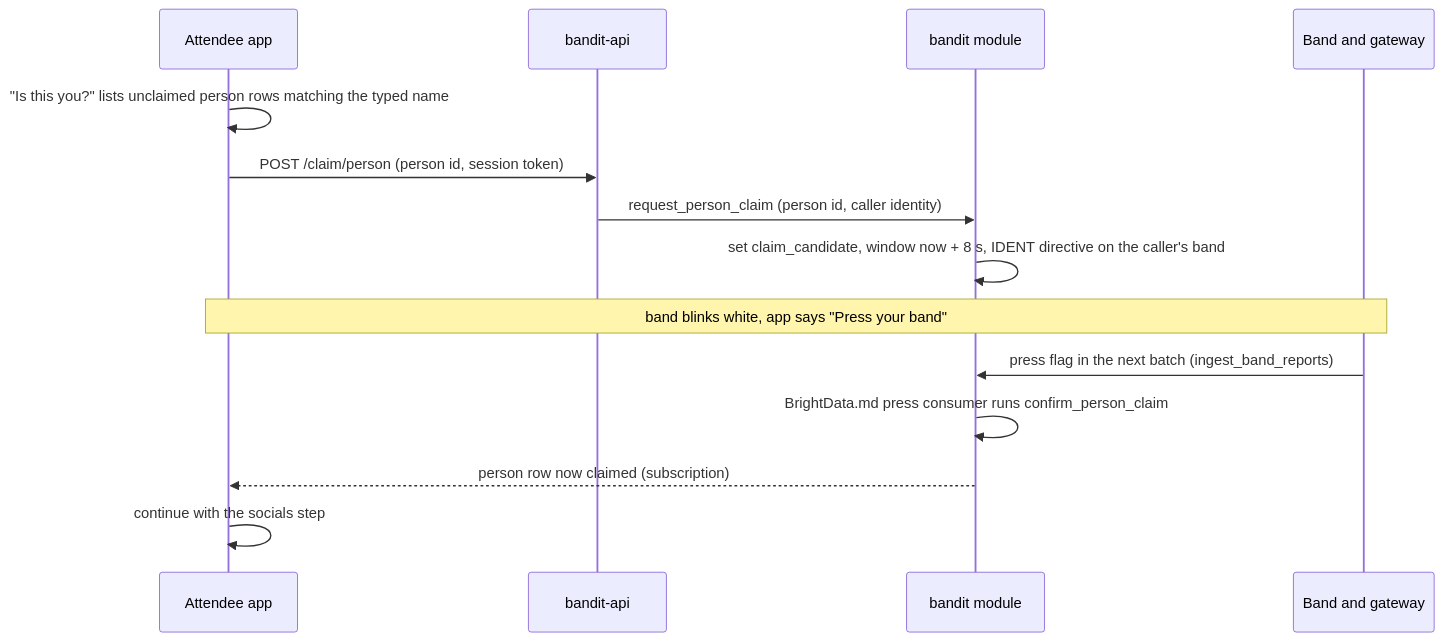
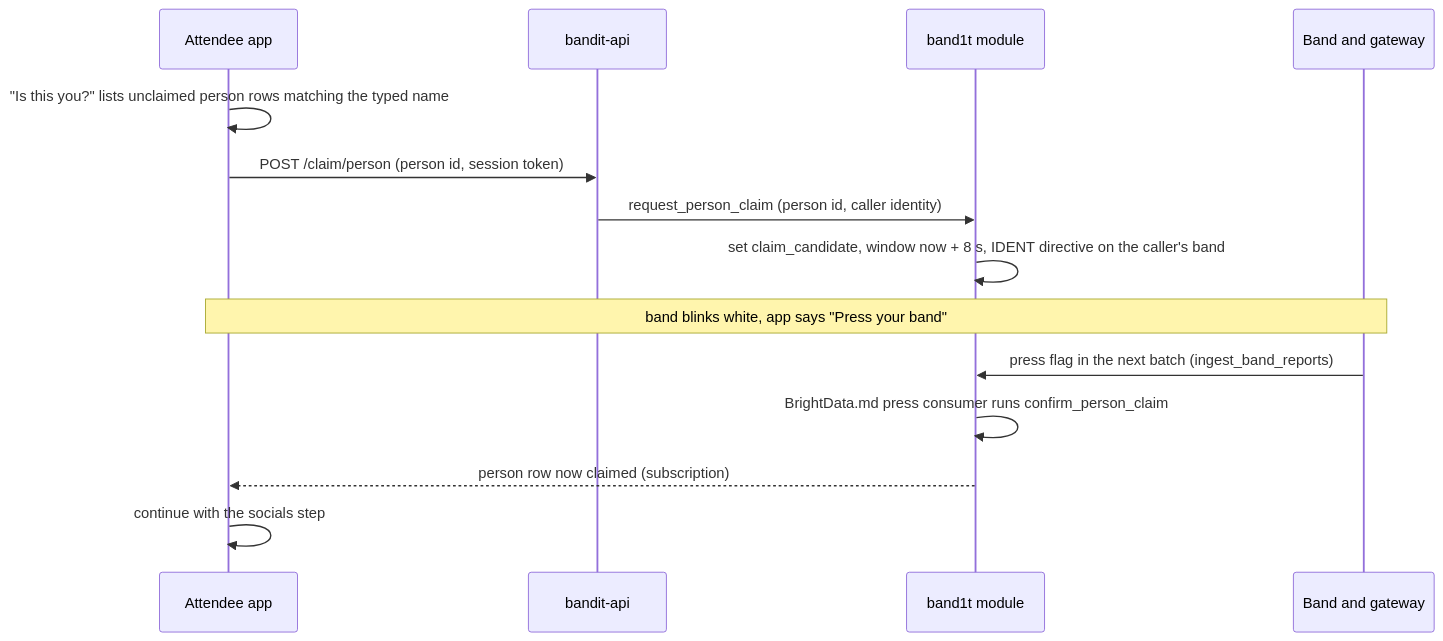
Before and after one commit to viktorinkov/cal-hacks-13: the third of 4 diagrams in System Design/7-integrations/BrightData.md, drawn with Mermaid. The commit also changed other lines of this file and 21 other files, not shown here.

````diff
--- a/System Design/7-integrations/BrightData.md
+++ b/System Design/7-integrations/BrightData.md
@@ -234,16 +234,16 @@
 ```mermaid
 sequenceDiagram
   participant App as Attendee app
   participant API as bandit-api
-  participant Mod as bandit module
+  participant Mod as band1t module
   participant Band as Band and gateway
   App->>App: "Is this you?" lists unclaimed person rows matching the typed name
   App->>API: POST /claim/person (person id, session token)
   API->>Mod: request_person_claim (person id, caller identity)
   Mod->>Mod: set claim_candidate, window now + 8 s, IDENT directive on the caller's band
   Note over App,Band: band blinks white, app says "Press your band"
   Band->>Mod: press flag in the next batch (ingest_band_reports)
   Mod->>Mod: BrightData.md press consumer runs confirm_person_claim
   Mod-->>App: person row now claimed (subscription)
   App->>App: continue with the socials step
 ```
````
